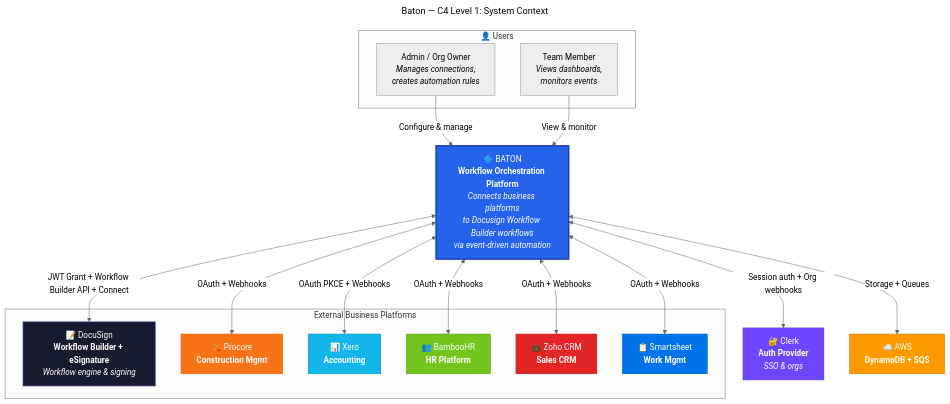
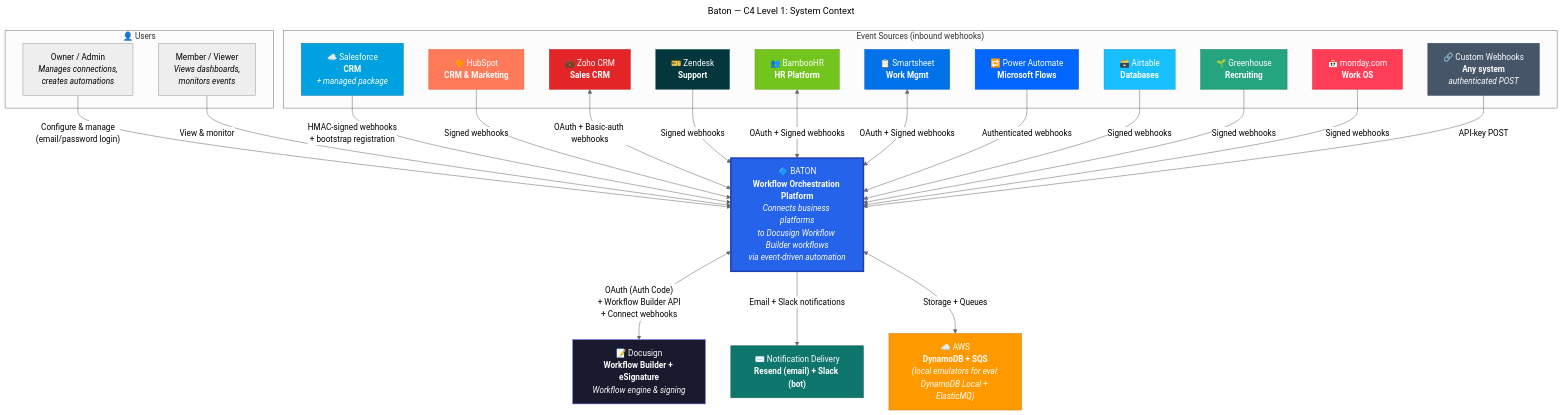
One commit to docufluidlabs/baton-core changed the diagram in baton/docs/c4-context.mermaid. Above: the diagram before and after it, drawn with Mermaid (neutral theme). The commit also changed 7 other files, not shown here.

First line of the commit message:
Redraw the architecture diagrams to match the shipped code

```diff
--- a/baton/docs/c4-context.mermaid
+++ b/baton/docs/c4-context.mermaid
@@ -1,43 +1,62 @@
 ---
 title: "Baton — C4 Level 1: System Context"
 ---
 graph TB
     subgraph users["👤 Users"]
-        admin["Admin / Org Owner<br/><i>Manages connections,<br/>creates automation rules</i>"]
-        member["Team Member<br/><i>Views dashboards,<br/>monitors events</i>"]
+        admin["Owner / Admin<br/><i>Manages connections,<br/>creates automations</i>"]
+        member["Member / Viewer<br/><i>Views dashboards,<br/>monitors events</i>"]
     end
 
     baton["🔷 BATON<br/><b>Workflow Orchestration Platform</b><br/><i>Connects business platforms<br/>to Docusign Workflow Builder workflows<br/>via event-driven automation</i>"]
 
-    subgraph external["External Business Platforms"]
-        docusign["📝 DocuSign<br/><b>Workflow Builder + eSignature</b><br/><i>Workflow engine &amp; signing</i>"]
-        procore["🏗️ Procore<br/><b>Construction Mgmt</b>"]
-        xero["📊 Xero<br/><b>Accounting</b>"]
+    docusign["📝 Docusign<br/><b>Workflow Builder + eSignature</b><br/><i>Workflow engine &amp; signing</i>"]
+
+    subgraph external["Event Sources (inbound webhooks)"]
+        sf["☁️ Salesforce<br/><b>CRM</b><br/><i>+ managed package</i>"]
+        hubspot["🔶 HubSpot<br/><b>CRM &amp; Marketing</b>"]
+        zoho["💼 Zoho CRM<br/><b>Sales CRM</b>"]
+        zendesk["🎫 Zendesk<br/><b>Support</b>"]
         bamboo["👥 BambooHR<br/><b>HR Platform</b>"]
-        zoho["💼 Zoho CRM<br/><b>Sales CRM</b>"]
         smartsheet["📋 Smartsheet<br/><b>Work Mgmt</b>"]
+        pautomate["🔁 Power Automate<br/><b>Microsoft Flows</b>"]
+        airtable["🗃️ Airtable<br/><b>Databases</b>"]
+        greenhouse["🌱 Greenhouse<br/><b>Recruiting</b>"]
+        monday["📅 monday.com<br/><b>Work OS</b>"]
+        custom["🔗 Custom Webhooks<br/><b>Any system</b><br/><i>authenticated POST</i>"]
     end
 
-    clerk["🔐 Clerk<br/><b>Auth Provider</b><br/><i>SSO &amp; orgs</i>"]
-    aws["☁️ AWS<br/><b>DynamoDB + SQS</b>"]
+    notify["✉️ Notification Delivery<br/><b>Resend (email) + Slack (bot)</b>"]
+    aws["☁️ AWS<br/><b>DynamoDB + SQS</b><br/><i>(local emulators for eval:<br/>DynamoDB Local + ElasticMQ)</i>"]
 
-    admin -->|"Configure &amp; manage"| baton
+    admin -->|"Configure &amp; manage<br/>(email/password login)"| baton
     member -->|"View &amp; monitor"| baton
-    baton <-->|"OAuth + Webhooks"| procore
-    baton <-->|"OAuth PKCE + Webhooks"| xero
-    baton <-->|"OAuth + Webhooks"| bamboo
-    baton <-->|"OAuth + Webhooks"| zoho
-    baton <-->|"OAuth + Webhooks"| smartsheet
-    baton <-->|"JWT Grant + Workflow Builder API + Connect"| docusign
-    baton <-->|"Session auth + Org webhooks"| clerk
+    sf -->|"HMAC-signed webhooks<br/>+ bootstrap registration"| baton
+    hubspot -->|"Signed webhooks"| baton
+    zoho <-->|"OAuth + Basic-auth webhooks"| baton
+    zendesk -->|"Signed webhooks"| baton
+    bamboo <-->|"OAuth + Signed webhooks"| baton
+    smartsheet <-->|"OAuth + Signed webhooks"| baton
+    pautomate -->|"Authenticated webhooks"| baton
+    airtable -->|"Signed webhooks"| baton
+    greenhouse -->|"Signed webhooks"| baton
+    monday -->|"Signed webhooks"| baton
+    custom -->|"API-key POST"| baton
+    baton <-->|"OAuth (Auth Code)<br/>+ Workflow Builder API<br/>+ Connect webhooks"| docusign
+    baton -->|"Email + Slack notifications"| notify
     baton <-->|"Storage + Queues"| aws
 
     style baton fill:#2563eb,stroke:#1e40af,color:#fff,stroke-width:3px
     style docusign fill:#1a1a2e,stroke:#6366f1,color:#fff
-    style procore fill:#f97316,stroke:#ea580c,color:#fff
-    style xero fill:#13b5ea,stroke:#0e8bbf,color:#fff
+    style sf fill:#00a1e0,stroke:#0080b3,color:#fff
+    style hubspot fill:#ff7a59,stroke:#e05c3b,color:#fff
+    style zoho fill:#e42527,stroke:#b91c1e,color:#fff
+    style zendesk fill:#03363d,stroke:#17494f,color:#fff
     style bamboo fill:#73c41d,stroke:#5a9e17,color:#fff
-    style zoho fill:#e42527,stroke:#b91c1e,color:#fff
     style smartsheet fill:#0073ea,stroke:#005bb5,color:#fff
-    style clerk fill:#6c47ff,stroke:#5535d4,color:#fff
+    style pautomate fill:#0066ff,stroke:#0052cc,color:#fff
+    style airtable fill:#18bfff,stroke:#0e99cc,color:#fff
+    style greenhouse fill:#24a47f,stroke:#1b8062,color:#fff
+    style monday fill:#ff3d57,stroke:#d92943,color:#fff
+    style custom fill:#475569,stroke:#334155,color:#fff
+    style notify fill:#0f766e,stroke:#115e59,color:#fff
     style aws fill:#ff9900,stroke:#cc7a00,color:#fff
```
